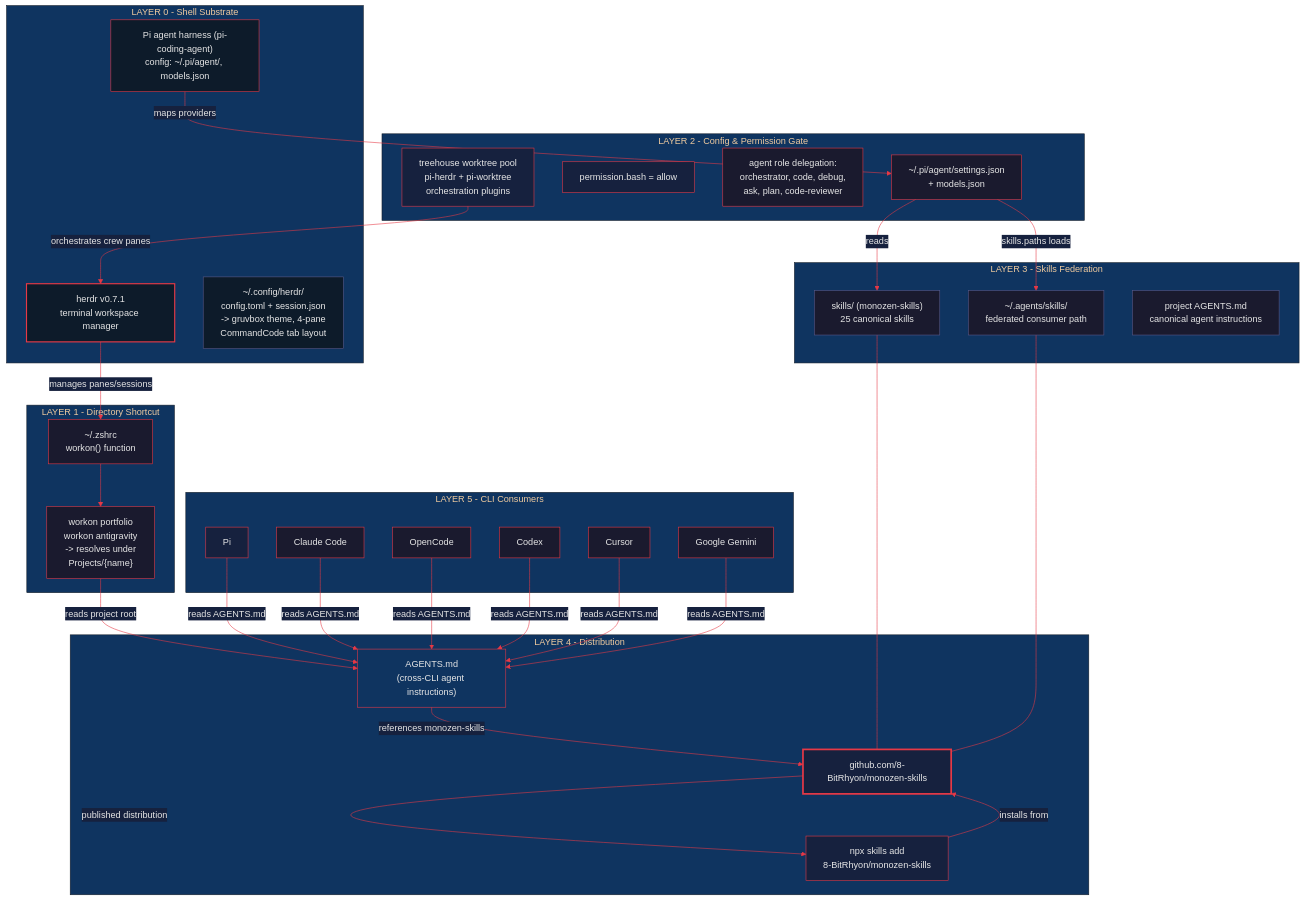
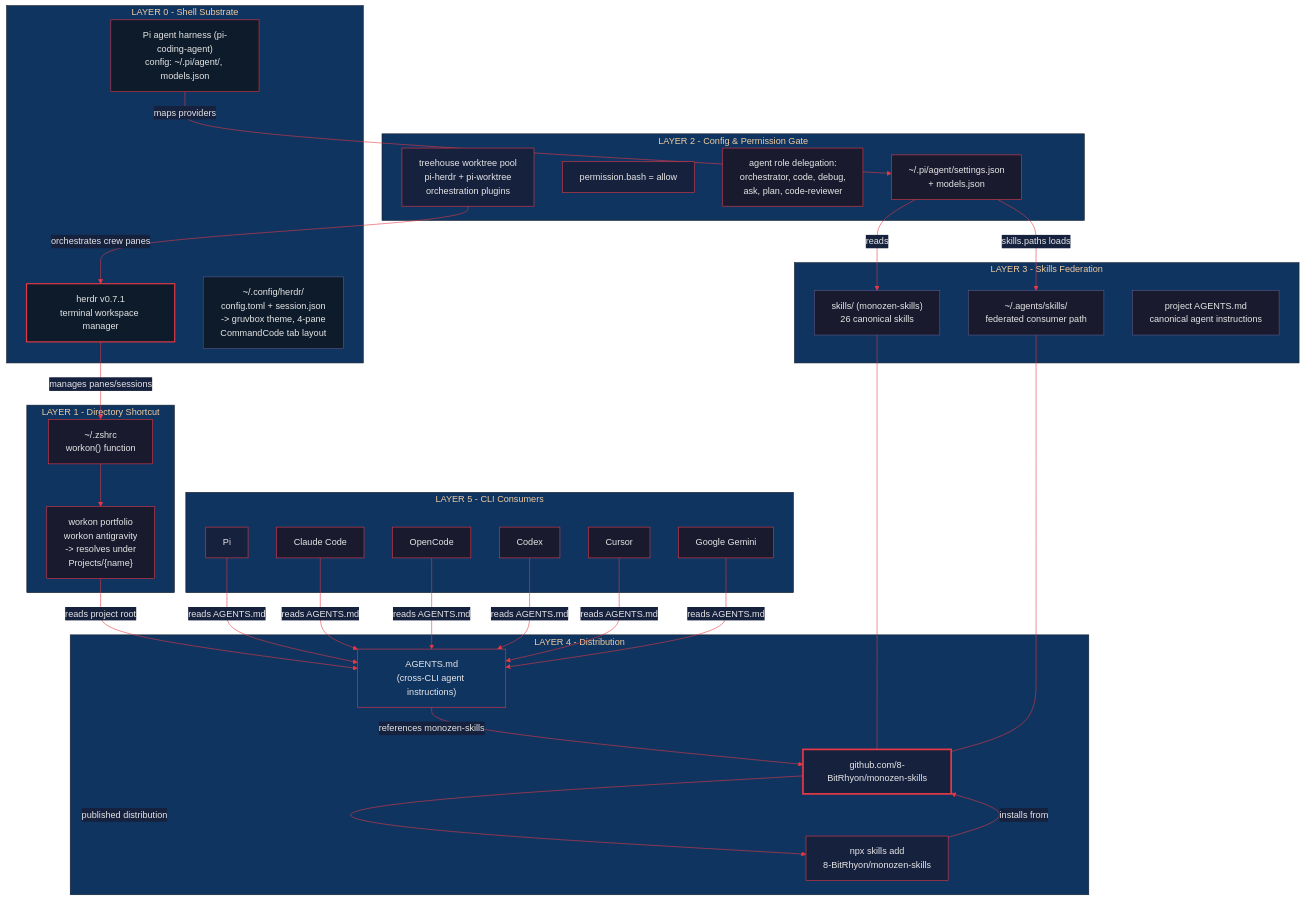
Before and after one commit to 8-BitRhyon/monozen-skills: the diagram in assets/monozen-skills-arch.mmd, drawn with Mermaid. The commit also changed 10 other files, not shown here.

```diff
--- a/assets/monozen-skills-arch.mmd
+++ b/assets/monozen-skills-arch.mmd
@@ -1,75 +1,75 @@
 %%{init: {'theme': 'base', 'themeVariables': {'primaryColor': '#1a1a2e', 'primaryTextColor': '#e6e6e6', 'primaryBorderColor': '#e63946', 'lineColor': '#e63946', 'secondaryColor': '#16213e', 'tertiaryColor': '#0f3460'}}}%%
 
 flowchart TB
     subgraph Layer0["LAYER 0 - Shell Substrate"]
         HR["herdr v0.7.1<br/>terminal workspace manager"]
         PIF["Pi agent harness (pi-coding-agent)<br/>config: ~/.pi/agent/, models.json"]
         HRCFG["~/.config/herdr/<br/>config.toml + session.json<br/>-> gruvbox theme, 4-pane<br/>  CommandCode tab layout"]
     end
 
     subgraph Layer1["LAYER 1 - Directory Shortcut"]
         ZS["~/.zshrc<br/>workon() function"]
         WU["workon portfolio<br/>workon antigravity<br/>-> resolves under<br/>Projects/{name}"]
     end
 
     subgraph Layer2["LAYER 2 - Config & Permission Gate"]
         KC["~/.pi/agent/settings.json<br/>+ models.json"]
         PERM["permission.bash = allow"]
         AGD["agent role delegation:<br/>orchestrator, code, debug,<br/>ask, plan, code-reviewer"]
         IDX["treehouse worktree pool<br/>pi-herdr + pi-worktree<br/>orchestration plugins"]
     end
 
     subgraph Layer3["LAYER 3 - Skills Federation"]
-        FS1["skills/ (monozen-skills)<br/>25 canonical skills"]
+        FS1["skills/ (monozen-skills)<br/>26 canonical skills"]
         FS2["~/.agents/skills/<br/>federated consumer path"]
         FS3["project AGENTS.md<br/>canonical agent instructions"]
     end
 
     subgraph Layer4["LAYER 4 - Distribution"]
         MS["github.com/8-BitRhyon/monozen-skills"]
         NPX["npx skills add<br/>8-BitRhyon/monozen-skills"]
         AG["AGENTS.md<br/>(cross-CLI agent instructions)"]
     end
 
     subgraph Layer5["LAYER 5 - CLI Consumers"]
         PI["Pi"]
         CC["Claude Code"]
         OC["OpenCode"]
         CX["Codex"]
         CU["Cursor"]
         GK["Google Gemini"]
     end
 
     HR -->|manages panes/sessions| ZS
     ZS --> WU
     WU -->|reads project root| AG
     AG -->|references monozen-skills| MS
     PIF -->|maps providers| KC
     KC -->|skills.paths loads| FS2
     KC -->|reads| FS1
     IDX -->|orchestrates crew panes| HR
     NPX -->|installs from| MS
     MS -->|published distribution| NPX
     FS1 --- MS
     FS2 --- MS
     PI -->|reads AGENTS.md| AG
     CC -->|reads AGENTS.md| AG
     OC -->|reads AGENTS.md| AG
     CX -->|reads AGENTS.md| AG
     CU -->|reads AGENTS.md| AG
     GK -->|reads AGENTS.md| AG
 
     style HR fill:#0d1b2a,stroke:#e63946,color:#e6e6e6,stroke-width:2px
     style PIF fill:#0d1b2a,stroke:#e63946,color:#e6e6e6
     style HRCFG fill:#0d1b2a,stroke:#5a5a8a,color:#e6e6e6
     style ZS fill:#1a1a2e,stroke:#e63946,color:#e6e6e6
     style KC fill:#1a1a2e,stroke:#e63946,color:#e6e6e6
     style MS fill:#16213e,stroke:#e63946,color:#e6e6e6,stroke-width:3px
     style AG fill:#0f3460,stroke:#e63946,color:#e6e6e6
     style NPX fill:#16213e,stroke:#e63946,color:#e6e6e6
     style FS1 fill:#1a1a2e,stroke:#5a5a8a,color:#e6e6e6
     style FS2 fill:#1a1a2e,stroke:#5a5a8a,color:#e6e6e6
     style FS3 fill:#1a1a2e,stroke:#5a5a8a,color:#e6e6e6
     style PI fill:#16213e,stroke:#e63946,color:#e6e6e6
     style PERM fill:#16213e,stroke:#e63946,color:#e6e6e6
     style IDX fill:#16213e,stroke:#e63946,color:#e6e6e6
```
